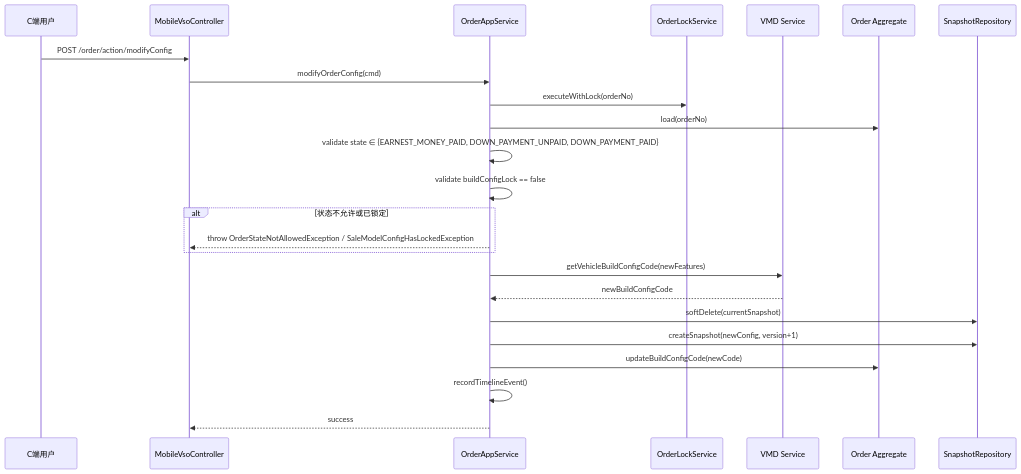
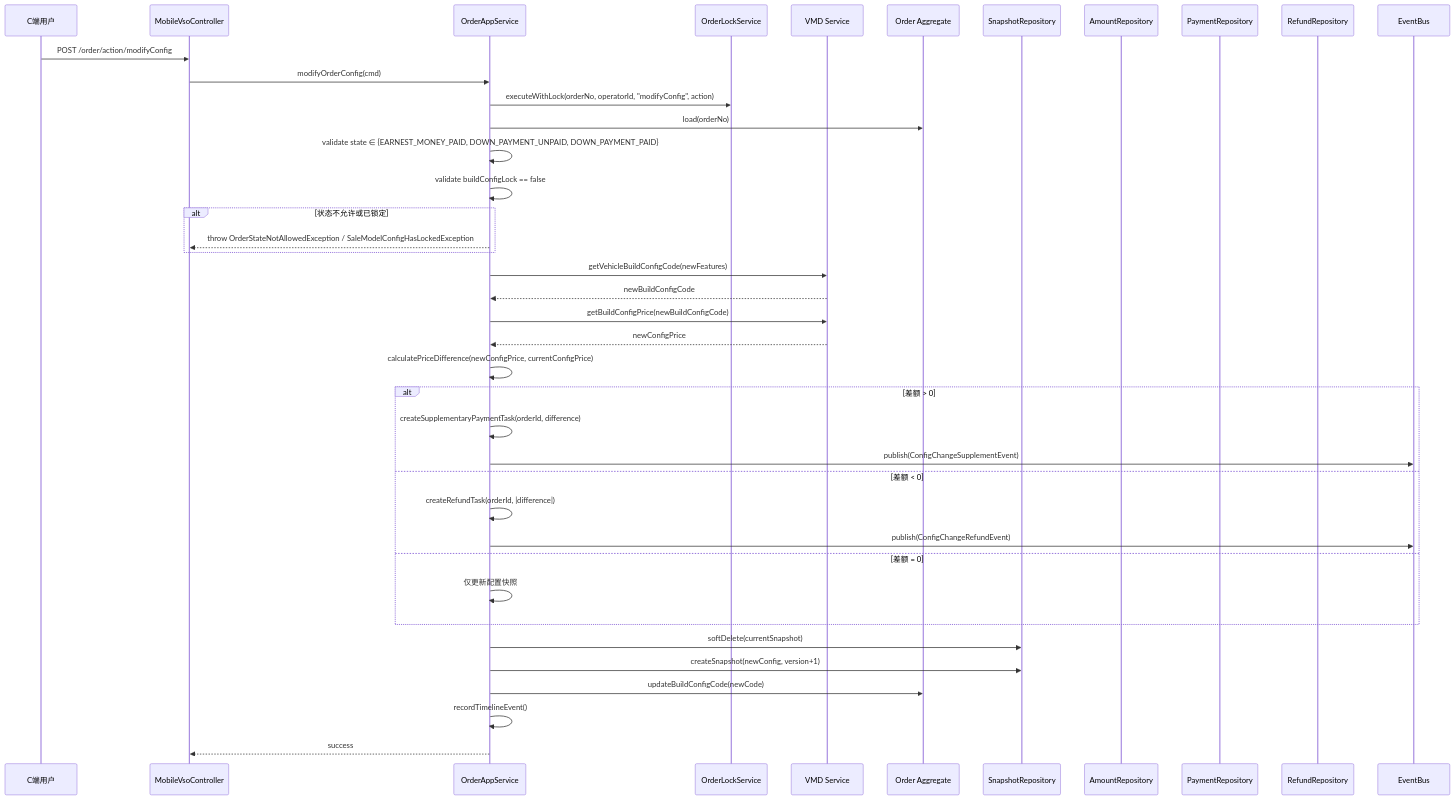
Before and after one commit to hwyzleo/iov-cloud-otd-vso: the fifth of 11 diagrams in specs/vehicle-sale-order/design.md, drawn with Mermaid. The commit also changed other lines of this file and 35 other files, not shown here.

````diff
--- a/specs/vehicle-sale-order/design.md
+++ b/specs/vehicle-sale-order/design.md
@@ -348,29 +350,48 @@
 ```mermaid
 sequenceDiagram
     participant U as C端用户
     participant MC as MobileVsoController
     participant OAS as OrderAppService
     participant OLS as OrderLockService
     participant VMD as VMD Service
     participant O as Order Aggregate
     participant SR as SnapshotRepository
+    participant AR as AmountRepository
+    participant PR as PaymentRepository
+    participant RR as RefundRepository
+    participant EB as EventBus
 
     U->>MC: POST /order/action/modifyConfig
     MC->>OAS: modifyOrderConfig(cmd)
-    OAS->>OLS: executeWithLock(orderNo)
+    OAS->>OLS: executeWithLock(orderNo, operatorId, "modifyConfig", action)
     OAS->>O: load(orderNo)
     OAS->>OAS: validate state ∈ {EARNEST_MONEY_PAID, DOWN_PAYMENT_UNPAID, DOWN_PAYMENT_PAID}
     OAS->>OAS: validate buildConfigLock == false
 
     alt 状态不允许或已锁定
         OAS-->>MC: throw OrderStateNotAllowedException / SaleModelConfigHasLockedException
     end
 
     OAS->>VMD: getVehicleBuildConfigCode(newFeatures)
     VMD-->>OAS: newBuildConfigCode
+    OAS->>VMD: getBuildConfigPrice(newBuildConfigCode)
+    VMD-->>OAS: newConfigPrice
+
+    OAS->>OAS: calculatePriceDifference(newConfigPrice, currentConfigPrice)
+
+    alt 差额 > 0
+        OAS->>OAS: createSupplementaryPaymentTask(orderId, difference)
+        OAS->>EB: publish(ConfigChangeSupplementEvent)
+    else 差额 < 0
+        OAS->>OAS: createRefundTask(orderId, |difference|)
+        OAS->>EB: publish(ConfigChangeRefundEvent)
+    else 差额 = 0
+        OAS->>OAS: 仅更新配置快照
+    end
+
     OAS->>SR: softDelete(currentSnapshot)
     OAS->>SR: createSnapshot(newConfig, version+1)
     OAS->>O: updateBuildConfigCode(newCode)
     OAS->>OAS: recordTimelineEvent()
     OAS-->>MC: success
 ```
````
